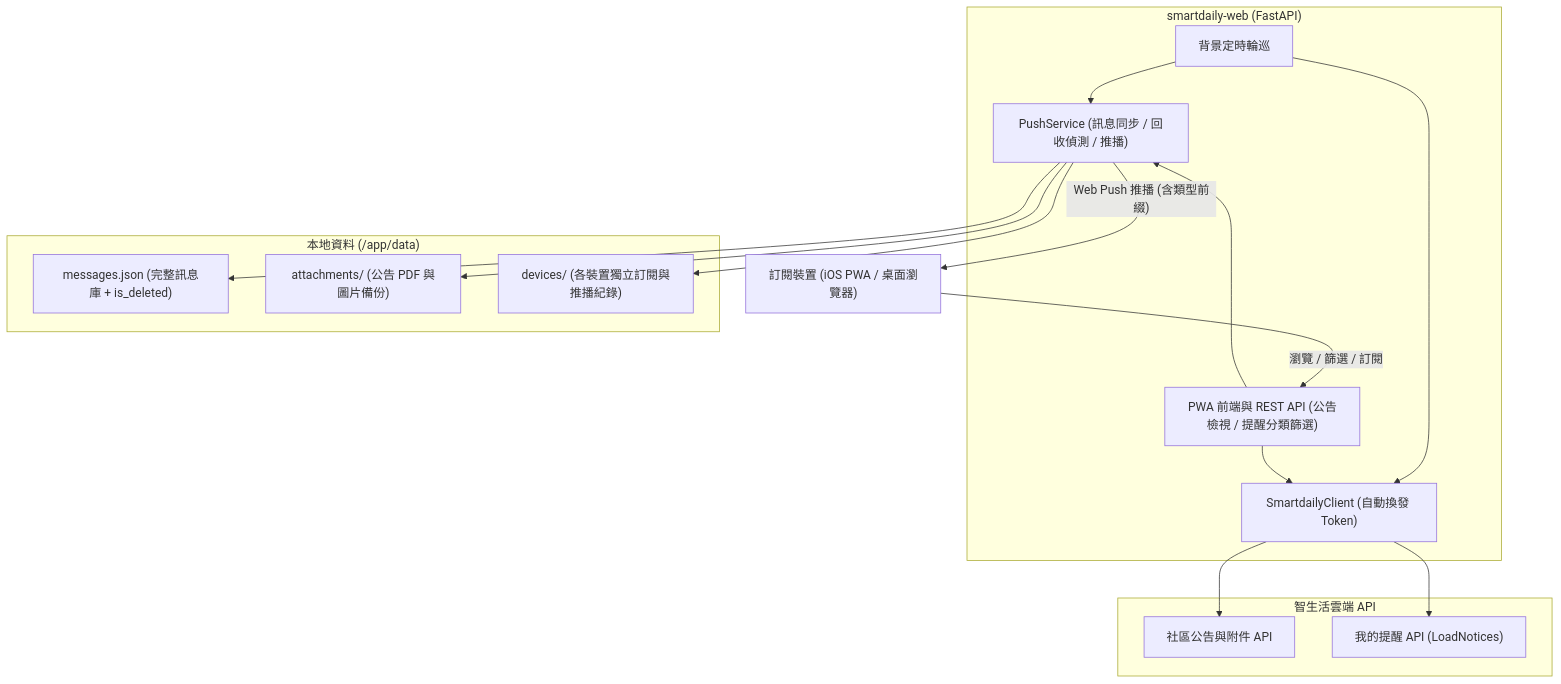
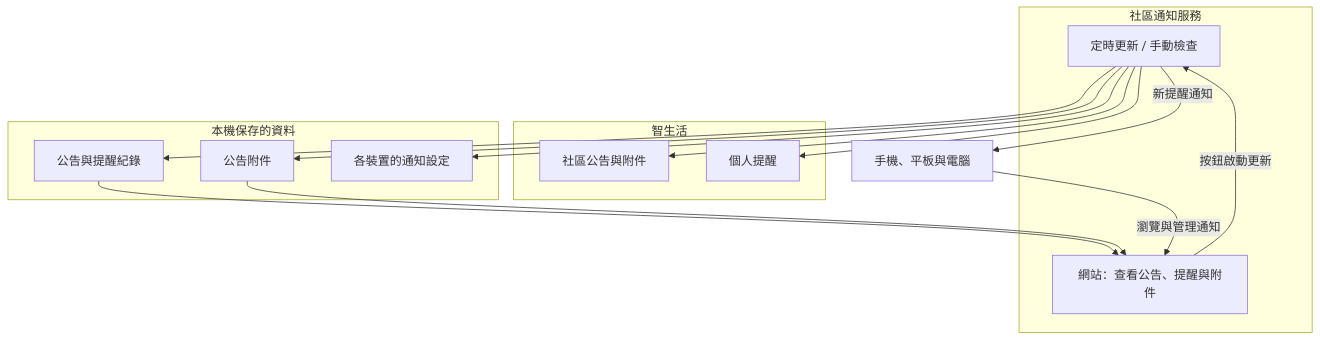
One commit to shuangrain/smartdaily-web changed the diagram in README.md. Above: the diagram before and after it, drawn with Mermaid. The commit also changed other lines of this file and 4 other files, not shown here.

Commit message:
feat: serve synchronized messages from local store

````diff
--- a/README.md
+++ b/README.md
@@ -21,36 +24,31 @@
 ```mermaid
 flowchart TD
-    subgraph Cloud["智生活雲端 API"]
-        API_Ann["社區公告與附件 API"]
-        API_Rem["我的提醒 API (LoadNotices)"]
+    subgraph Cloud["智生活"]
+        API_Ann["社區公告與附件"]
+        API_Rem["個人提醒"]
     end
 
-    subgraph App["smartdaily-web (FastAPI)"]
-        Client["SmartdailyClient (自動換發 Token)"]
-        Poller["背景定時輪巡"]
-        PushSvc["PushService (訊息同步 / 回收偵測 / 推播)"]
-        WebUI["PWA 前端與 REST API (公告檢視 / 提醒分類篩選)"]
+    subgraph App["社區通知服務"]
+        Poller["定時更新 / 手動檢查"]
+        WebUI["網站：查看公告、提醒與附件"]
     end
 
-    subgraph Data["本地資料 (/app/data)"]
-        MsgStore["messages.json (完整訊息庫 + is_deleted)"]
-        AttFiles["attachments/ (公告 PDF 與圖片備份)"]
-        DevFiles["devices/ (各裝置獨立訂閱與推播紀錄)"]
+    subgraph Data["本機保存的資料"]
+        MsgStore["公告與提醒紀錄"]
+        AttFiles["公告附件"]
+        DevFiles["各裝置的通知設定"]
     end
 
-    Users["訂閱裝置 (iOS PWA / 桌面瀏覽器)"]
+    Users["手機、平板與電腦"]
 
-    Poller --> Client
-    WebUI --> Client
-    Client --> API_Ann
-    Client --> API_Rem
-
-    Poller --> PushSvc
-    WebUI --> PushSvc
-    PushSvc --> MsgStore
-    PushSvc --> AttFiles
-    PushSvc --> DevFiles
-
-    PushSvc -->|"Web Push 推播 (含類型前綴)"| Users
-    Users -->|"瀏覽 / 篩選 / 訂閱"| WebUI
+    Poller --> API_Ann
+    Poller --> API_Rem
+    Poller --> MsgStore
+    Poller --> AttFiles
+    Poller --> DevFiles
+    WebUI -->|"按鈕啟動更新"| Poller
+    MsgStore --> WebUI
+    AttFiles --> WebUI
+    Poller -->|"新提醒通知"| Users
+    Users -->|"瀏覽與管理通知"| WebUI
 ```
````
